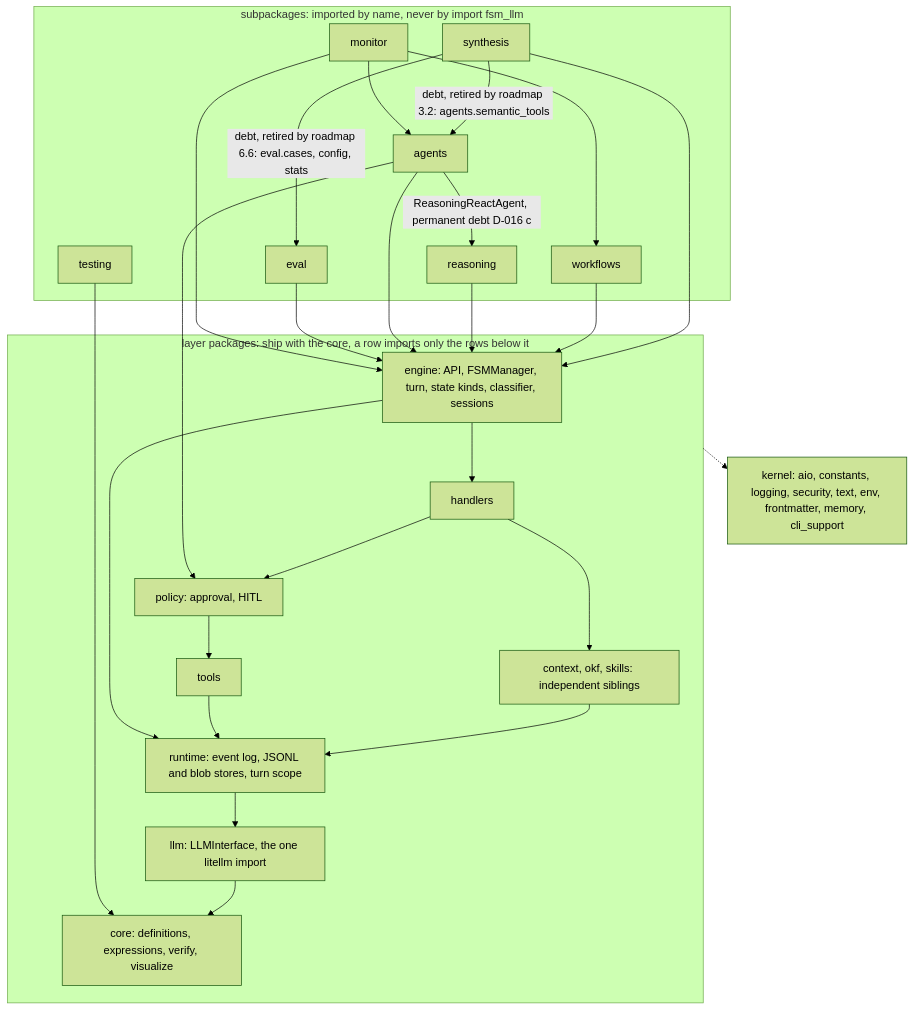
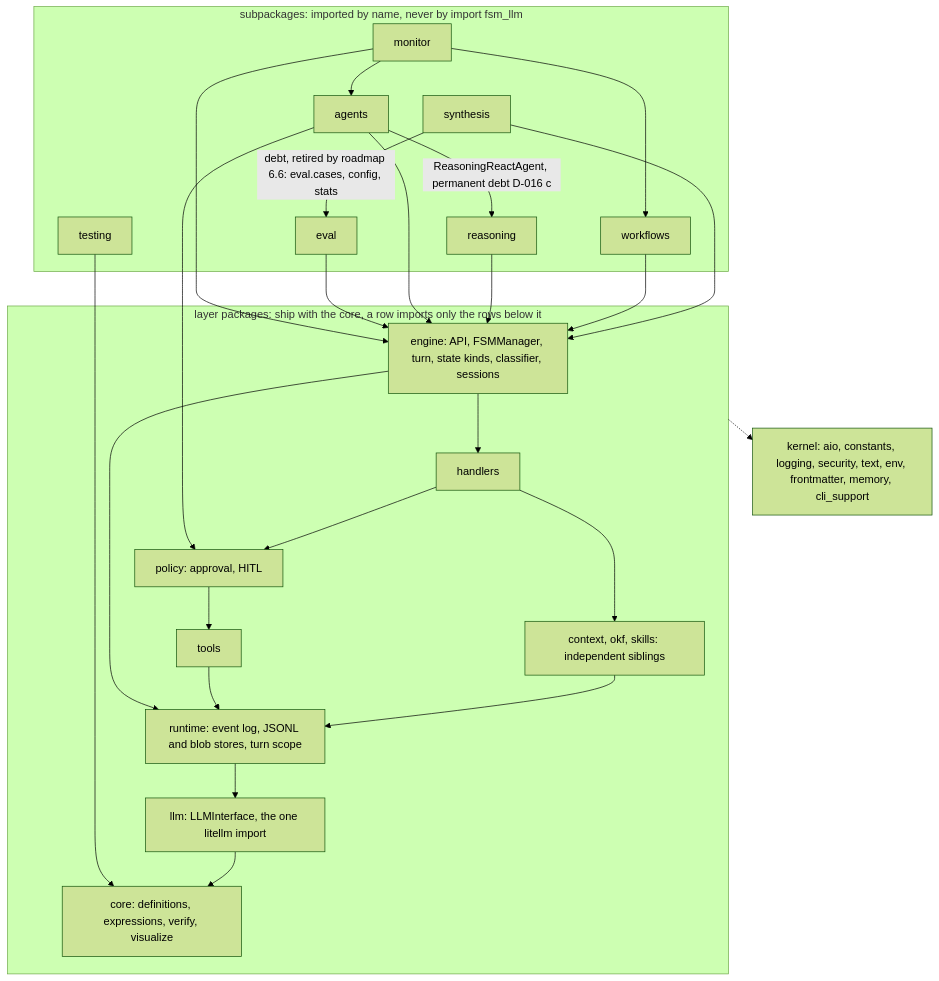
One commit to NikolasMarkou/fsm_llm changed the diagram in AGENTS.md. Above: the diagram before and after it, drawn with Mermaid (forest theme). The commit also changed other lines of this file and 19 other files, not shown here.

````diff
--- a/AGENTS.md
+++ b/AGENTS.md
@@ -15,46 +15,45 @@
 ```mermaid
 flowchart TD
     subgraph sub[subpackages: imported by name, never by import fsm_llm]
         monitor[monitor]
         eval[eval]
         agents[agents]
         synthesis[synthesis]
         workflows[workflows]
         reasoning[reasoning]
         testing[testing]
     end
     subgraph layers[layer packages: ship with the core, a row imports only the rows below it]
         engine[engine: API, FSMManager, turn, state kinds, classifier, sessions]
         handlers[handlers]
         policy[policy: approval, HITL]
         tools[tools]
         siblings[context, okf, skills: independent siblings]
         runtime[runtime: event log, JSONL and blob stores, turn scope]
         llm[llm: LLMInterface, the one litellm import]
         core[core: definitions, expressions, verify, visualize]
     end
     kernel[kernel: aio, constants, logging, security, text, env, frontmatter, memory, cli_support]
     monitor --> agents
     monitor --> workflows
     monitor --> engine
     eval --> engine
     agents --> engine
     agents -- ReasoningReactAgent, permanent debt D-016 c --> reasoning
     reasoning --> engine
     workflows --> engine
     synthesis --> engine
-    synthesis -- debt, retired by roadmap 3.2: agents.semantic_tools --> agents
     synthesis -- debt, retired by roadmap 6.6: eval.cases, config, stats --> eval
     testing --> core
     agents --> policy
     engine --> handlers
     engine --> runtime
     handlers --> policy
     handlers --> siblings
     policy --> tools
     tools --> runtime
     siblings --> runtime
     runtime --> llm
     llm --> core
     layers -.-> kernel
 ```
````
